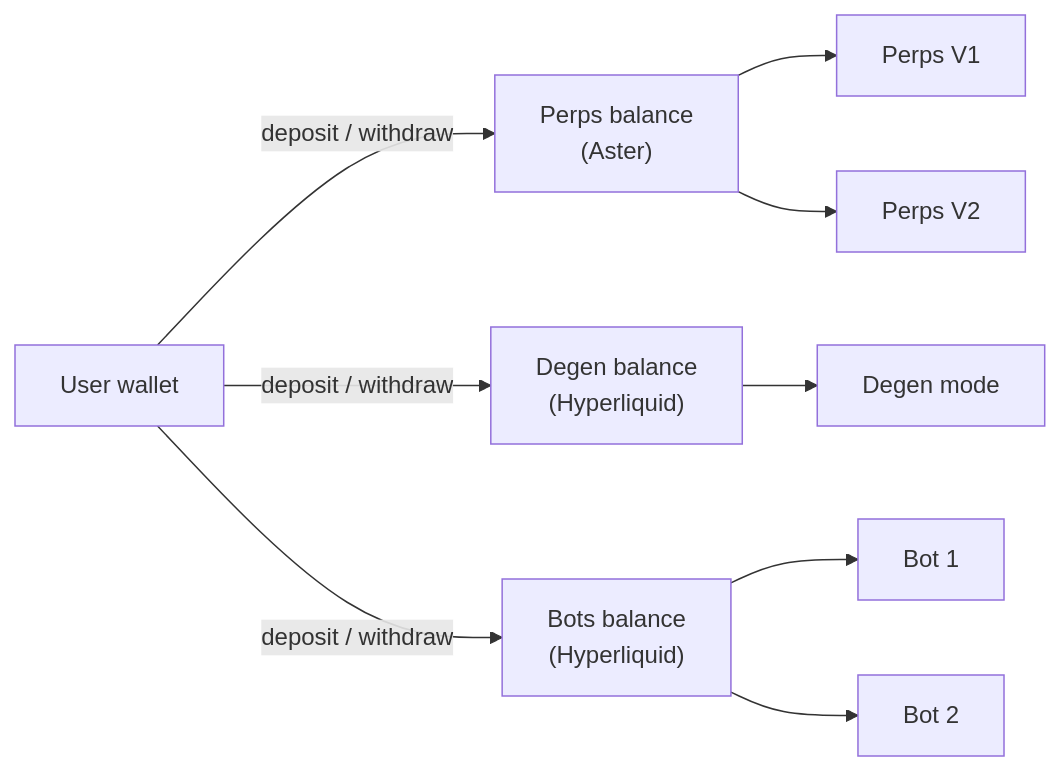
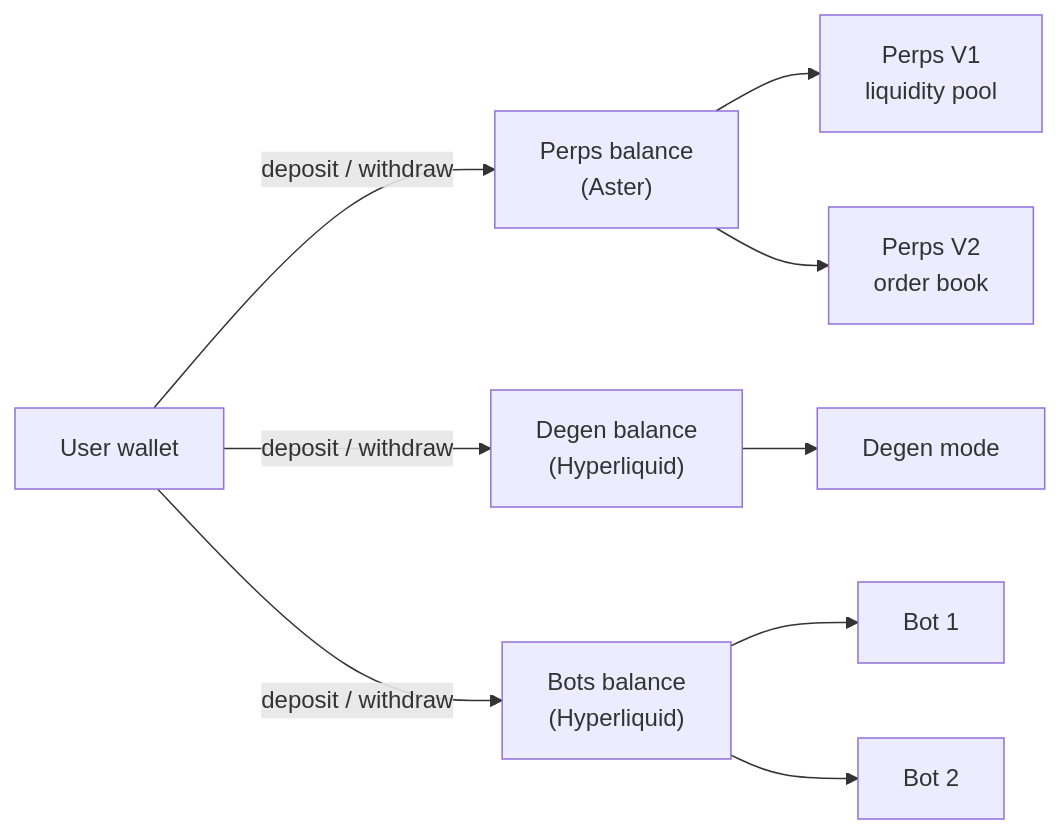
Before and after one commit to dyxy-io/architecture: the second of 3 diagrams in README.md, drawn with Mermaid. The commit also changed other lines of this file, not shown here.

First line of the commit message:
Describe perps V1/V2/Degen by execution model (liquidity pool vs order book)

````diff
--- a/README.md
+++ b/README.md
@@ -76,12 +79,12 @@
 ```mermaid
 flowchart LR
     W["User wallet"]
     W -- deposit / withdraw --> PB["Perps balance<br/>(Aster)"]
     W -- deposit / withdraw --> DB["Degen balance<br/>(Hyperliquid)"]
     W -- deposit / withdraw --> BB["Bots balance<br/>(Hyperliquid)"]
-    PB --> V1["Perps V1"]
-    PB --> V2["Perps V2"]
+    PB --> V1["Perps V1<br/>liquidity pool"]
+    PB --> V2["Perps V2<br/>order book"]
     DB --> DG["Degen mode"]
     BB --> B1["Bot 1"]
     BB --> B2["Bot 2"]
 ```
````
